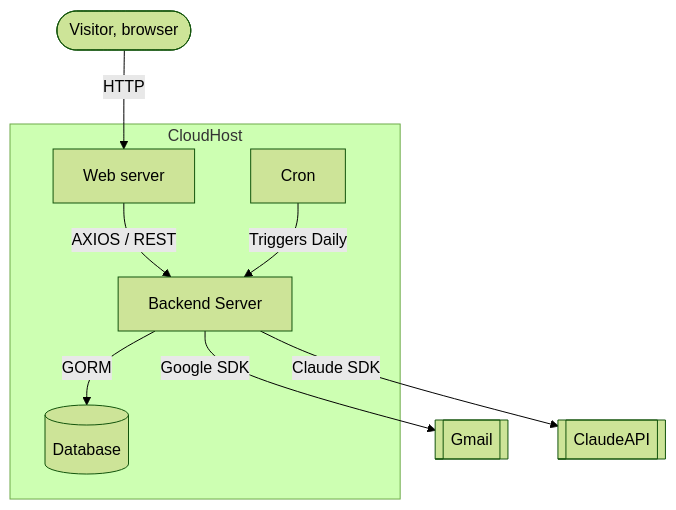
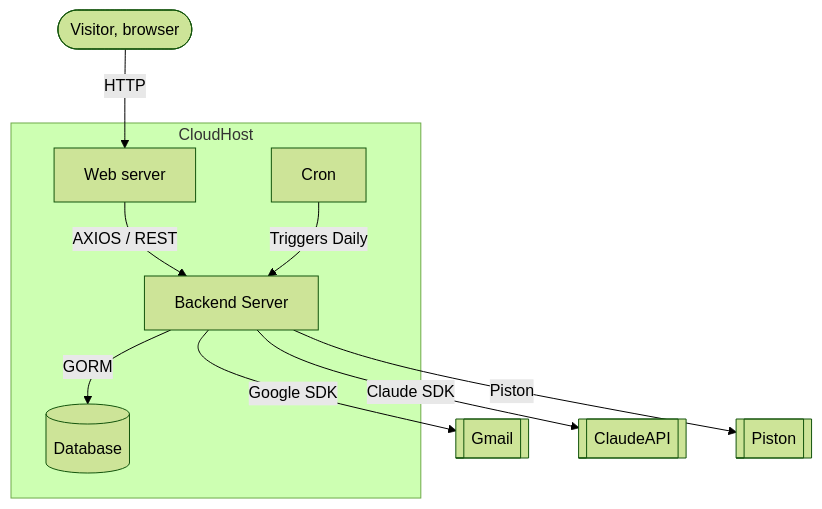
One commit to sabi1125/daily-coding-companion changed the diagram in api-docs/architectural-diagram.md. Above: the diagram before and after it, drawn with Mermaid (forest theme). The commit also changed other lines of this file and 5 other files, not shown here.

````diff
--- a/api-docs/architectural-diagram.md
+++ b/api-docs/architectural-diagram.md
@@ -3,17 +3,19 @@
 ```mermaid
 flowchart TD
     Visitor([Visitor, browser]) -->|HTTP| Website
     Gmail[[Gmail]]
     ClaudeAPI[[ClaudeAPI]]
+    Piston[[Piston]]
     subgraph CloudHost
         Backend[Backend Server]
         Website[Web server]
         Cron[Cron]
         Database[(Database)]
     end
+    Backend --> |Piston| Piston
     Backend --> |Google SDK| Gmail
     Backend --> |GORM| Database
     Backend --> |Claude SDK| ClaudeAPI
     Website --> |AXIOS / REST| Backend
     Cron --> |Triggers Daily| Backend
 ```
````
